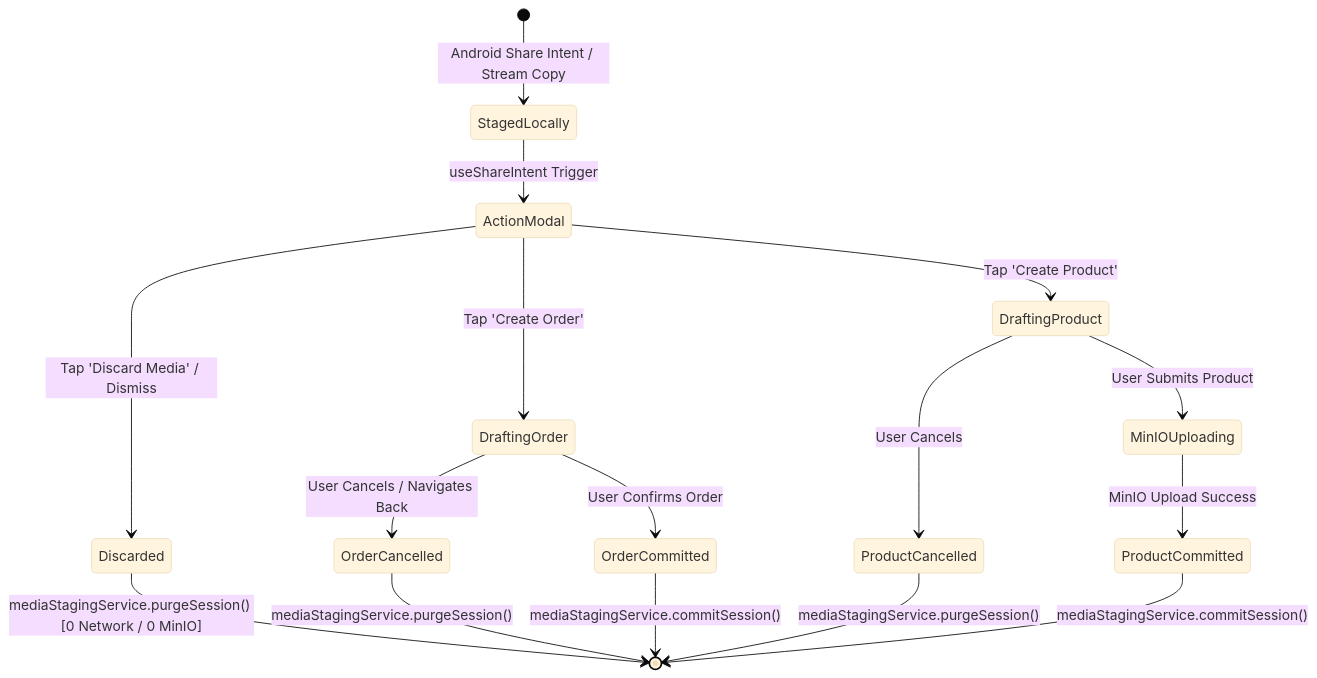
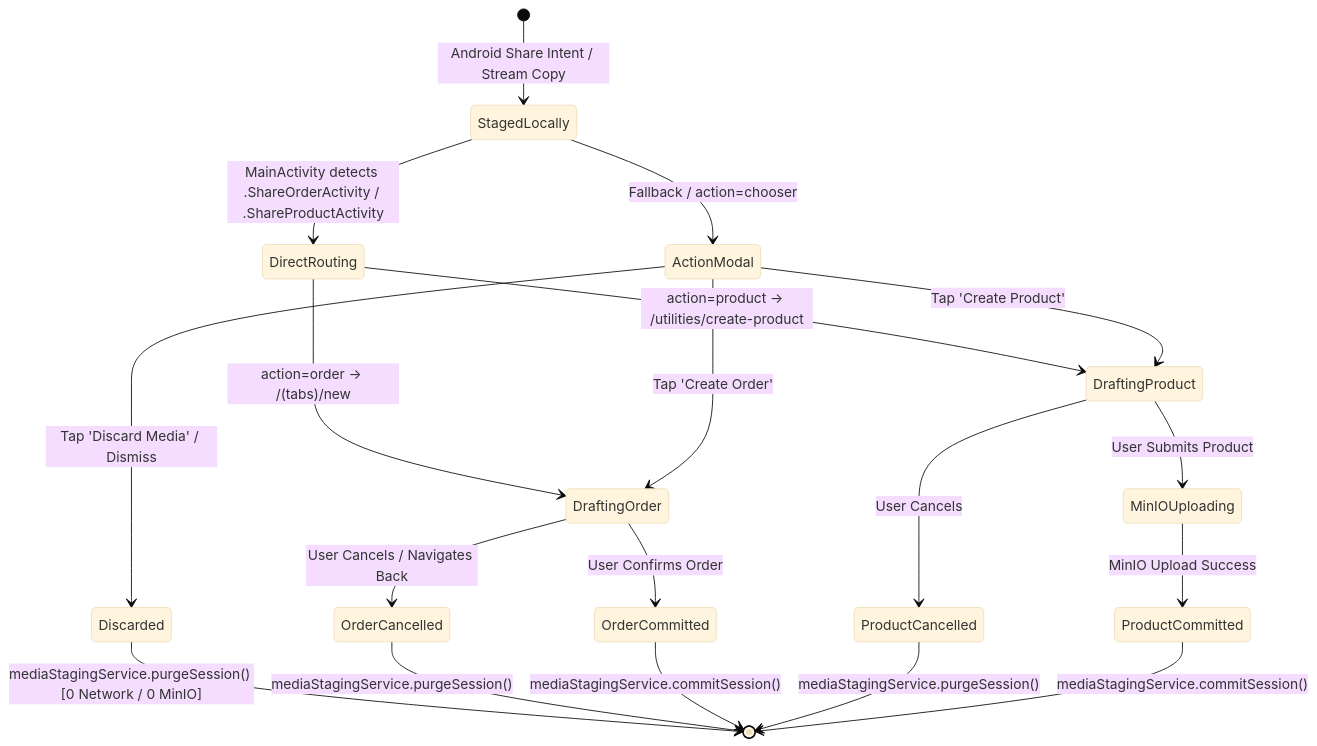
One commit to kri-kan/deeplens changed the second of 2 diagrams in docs/guides/share-intent-and-media-staging.md. Above: the diagram before and after it, drawn with Mermaid (base theme). The commit also changed other lines of this file, not shown here.

Commit message:
docs(vayyari): document activity-alias share targets, deep link actions, and expo router handling

````diff
--- a/docs/guides/share-intent-and-media-staging.md
+++ b/docs/guides/share-intent-and-media-staging.md
@@ -225,21 +352,24 @@
 ```mermaid
 stateDiagram-v2
     [*] --> StagedLocally: Android Share Intent / Stream Copy
-    StagedLocally --> ActionModal: useShareIntent Trigger
+    StagedLocally --> DirectRouting: MainActivity detects .ShareOrderActivity / .ShareProductActivity
+    StagedLocally --> ActionModal: Fallback / action=chooser
     
     ActionModal --> Discarded: Tap 'Discard Media' / Dismiss
     Discarded --> [*]: mediaStagingService.purgeSession() [0 Network / 0 MinIO]
     
+    DirectRouting --> DraftingOrder: action=order -> /(tabs)/new
     ActionModal --> DraftingOrder: Tap 'Create Order'
     DraftingOrder --> OrderCancelled: User Cancels / Navigates Back
+    DraftingOrder --> OrderCommitted: User Confirms Order
     OrderCancelled --> [*]: mediaStagingService.purgeSession()
-    DraftingOrder --> OrderCommitted: User Confirms Order
     OrderCommitted --> [*]: mediaStagingService.commitSession()
     
+    DirectRouting --> DraftingProduct: action=product -> /utilities/create-product
     ActionModal --> DraftingProduct: Tap 'Create Product'
     DraftingProduct --> ProductCancelled: User Cancels
+    DraftingProduct --> MinIOUploading: User Submits Product
     ProductCancelled --> [*]: mediaStagingService.purgeSession()
-    DraftingProduct --> MinIOUploading: User Submits Product
     MinIOUploading --> ProductCommitted: MinIO Upload Success
     ProductCommitted --> [*]: mediaStagingService.commitSession()
 ```
````
